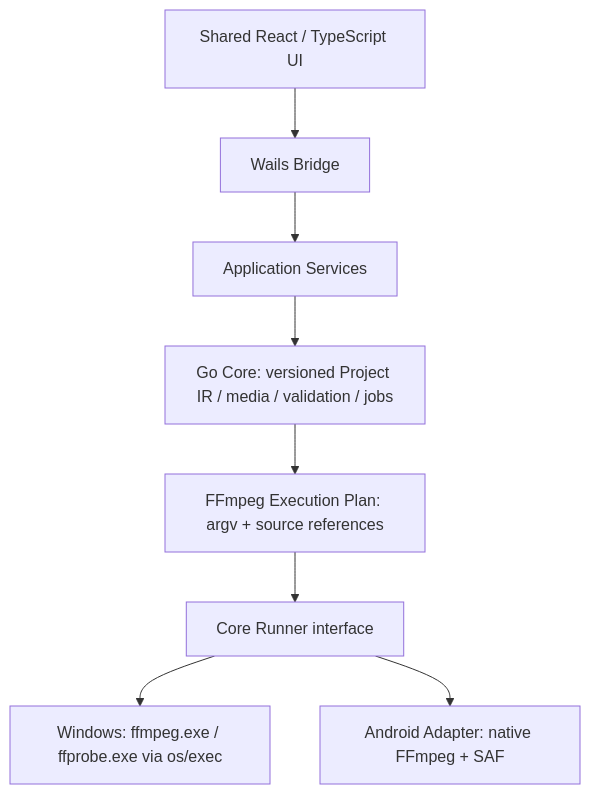
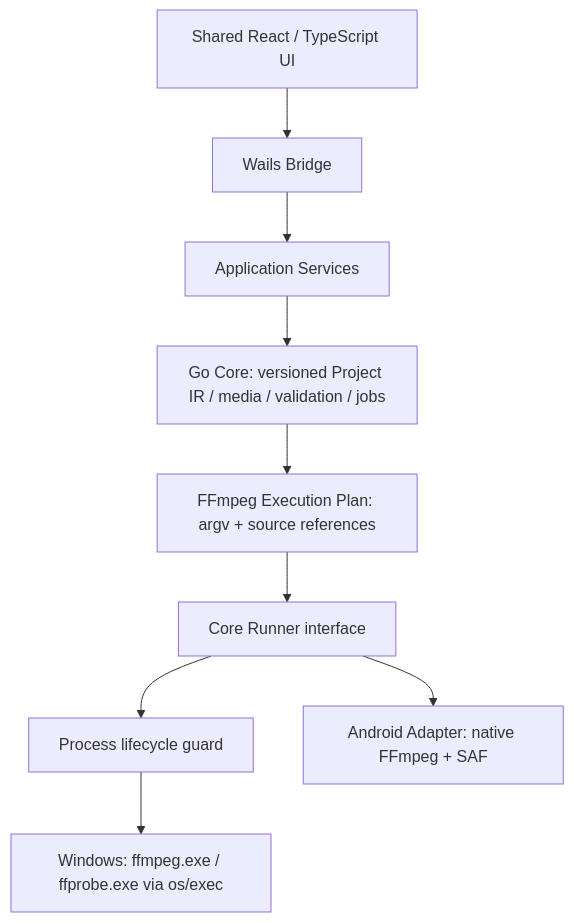
One commit to u-fw/PheebKit changed the diagram in docs/architecture.md. Above: the diagram before and after it, drawn with Mermaid. The commit also changed other lines of this file and 64 other files, not shown here.

````diff
--- a/docs/architecture.md
+++ b/docs/architecture.md
@@ -11,10 +11,11 @@
 ```mermaid
 flowchart TD
   UI[Shared React / TypeScript UI] --> Bridge[Wails Bridge]
   Bridge --> Services[Application Services]
   Services --> Core[Go Core: versioned Project IR / media / validation / jobs]
   Core --> Compiler[FFmpeg Execution Plan: argv + source references]
   Compiler --> Runner[Core Runner interface]
-  Runner --> Windows[Windows: ffmpeg.exe / ffprobe.exe via os/exec]
+  Runner --> Guard[Process lifecycle guard]
+  Guard --> Windows[Windows: ffmpeg.exe / ffprobe.exe via os/exec]
   Runner --> Android[Android Adapter: native FFmpeg + SAF]
 ```
````
